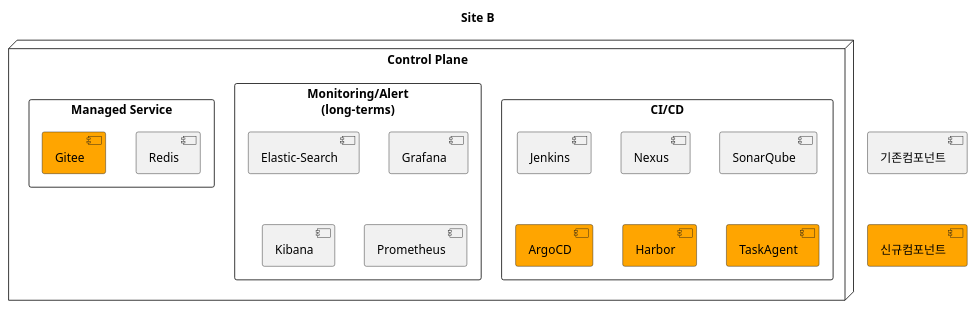
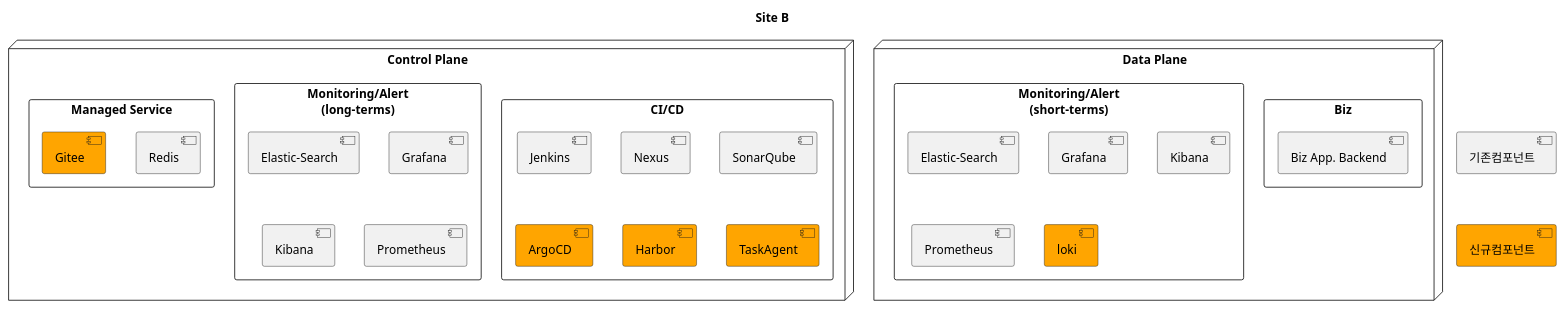
One commit to kloudbank/htdp1.github.io changed the second of 5 diagrams in docs/src/multi-cloud/diagram.md. Above: the diagram before and after it, drawn with PlantUML.

Commit message:
add multicloud

```diff
--- a/docs/src/multi-cloud/diagram.md
+++ b/docs/src/multi-cloud/diagram.md
@@ -35,29 +35,42 @@
 @startuml
 
 title "Site B"
 
 [기존컴포넌트] as old
 [신규컴포넌트] as new #orange
 old -[hidden]d-> new
 
 node "Control Plane" as bcp {
     rectangle "CI/CD" as bcp_cicd {
         [Jenkins] as bcp_cicd_jenkins
         [Nexus] as bcp_cicd_nexus
         [SonarQube] as bcp_cicd_sonarqube
         [ArgoCD] as bcp_cicd_argocd #orange
         [Harbor] as bcp_cicd_harbor #orange
         [TaskAgent] as bcp_cicd_taskagent #orange
     }
     rectangle "Monitoring/Alert\n(long-terms)" as bcp_mon {
         [Elastic-Search] as bcp_mon_elk
         [Grafana] as bcp_mon_grafana
         [Kibana] as bcp_mon_kibana
         [Prometheus] as bcp_mon_prometheus
     }
     rectangle "Managed Service" as bcp_mananged {
         [Redis] as bcp_mananged_redis
         [Gitee] as bcp_mananged_gitee #orange
     }
 }
+
+node "Data Plane" as dcp {
+    rectangle "Biz" as bdp_bz {
+        [Biz App. Backend] as bdp_bz_app
+    }
+    rectangle "Monitoring/Alert\n(short-terms)" as bdp_mon {
+        [Elastic-Search] as bdp_mon_elk
+        [Grafana] as bdp_mon_grafana
+        [Kibana] as bdp_mon_kibana
+        [Prometheus] as bdp_mon_prometheus
+        [loki] as dbp_mon_loki #orange
+    }
+}
 @enduml
```
